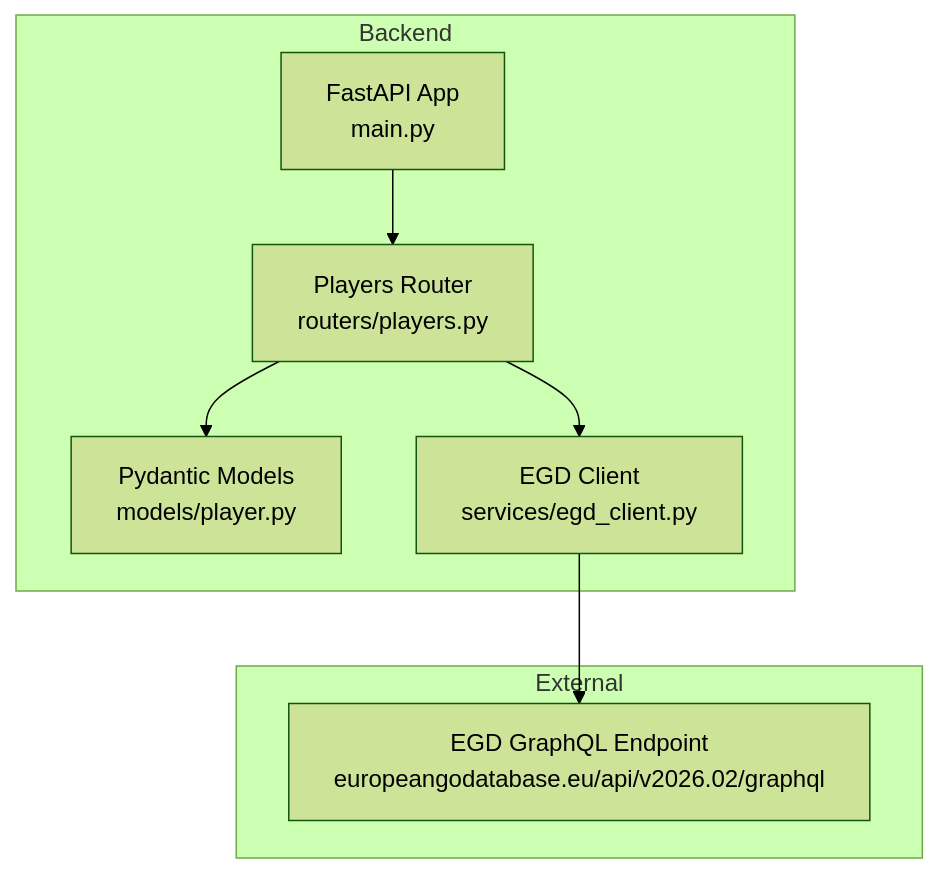
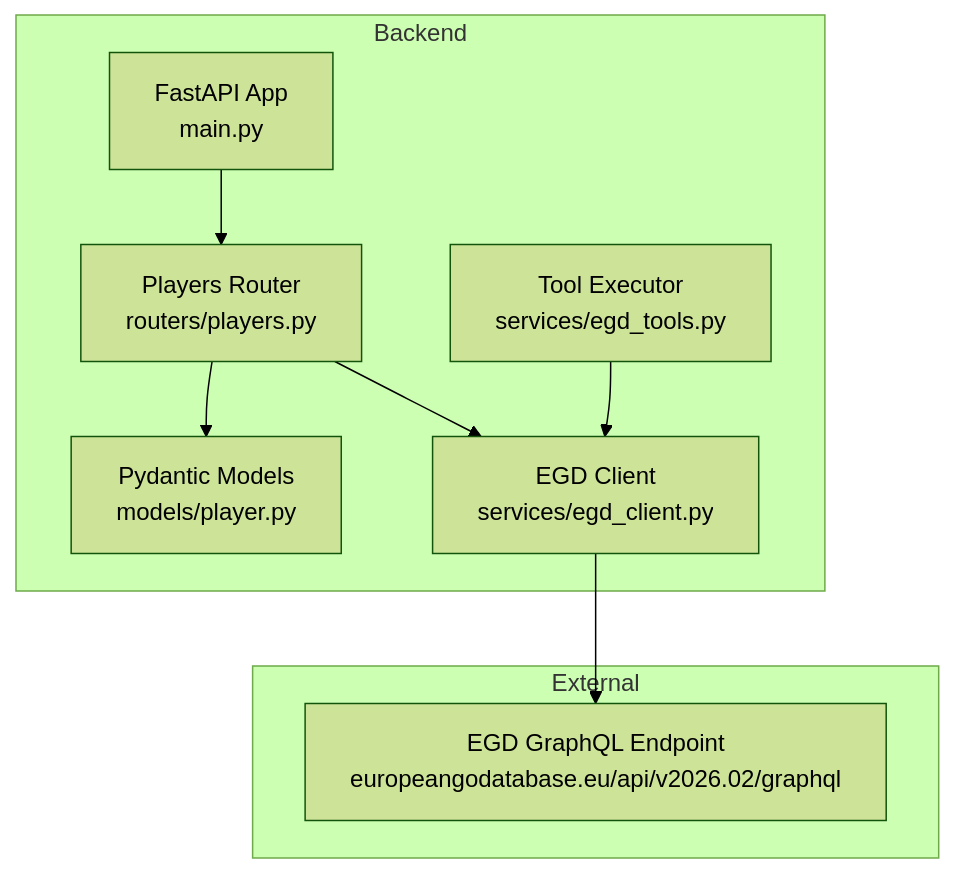
The first of 7 diagrams in .qoder/repowiki/en/content/Backend Documentation/Service Layer/EGD Client.md (Ragnar1999/GoNow), drawn with Mermaid (forest theme) before and after one commit. The commit also changed other lines of this file and 13 other files, not shown here.

First line of the commit message:
Expand EGD tools with tournament features and add summarization step

````diff
--- a/.qoder/repowiki/en/content/Backend Documentation/Service Layer/EGD Client.md
+++ b/.qoder/repowiki/en/content/Backend Documentation/Service Layer/EGD Client.md
@@ -36,16 +47,18 @@
 ```mermaid
 graph TB
 subgraph "Backend"
 Main["FastAPI App<br/>main.py"]
 PlayersRouter["Players Router<br/>routers/players.py"]
 Models["Pydantic Models<br/>models/player.py"]
 EGDClient["EGD Client<br/>services/egd_client.py"]
+EGDTools["Tool Executor<br/>services/egd_tools.py"]
 end
 subgraph "External"
 EGDGraphQL["EGD GraphQL Endpoint<br/>europeangodatabase.eu/api/v2026.02/graphql"]
 end
 Main --> PlayersRouter
 PlayersRouter --> EGDClient
 EGDClient --> EGDGraphQL
 PlayersRouter --> Models
+EGDTools --> EGDClient
 ```
````
